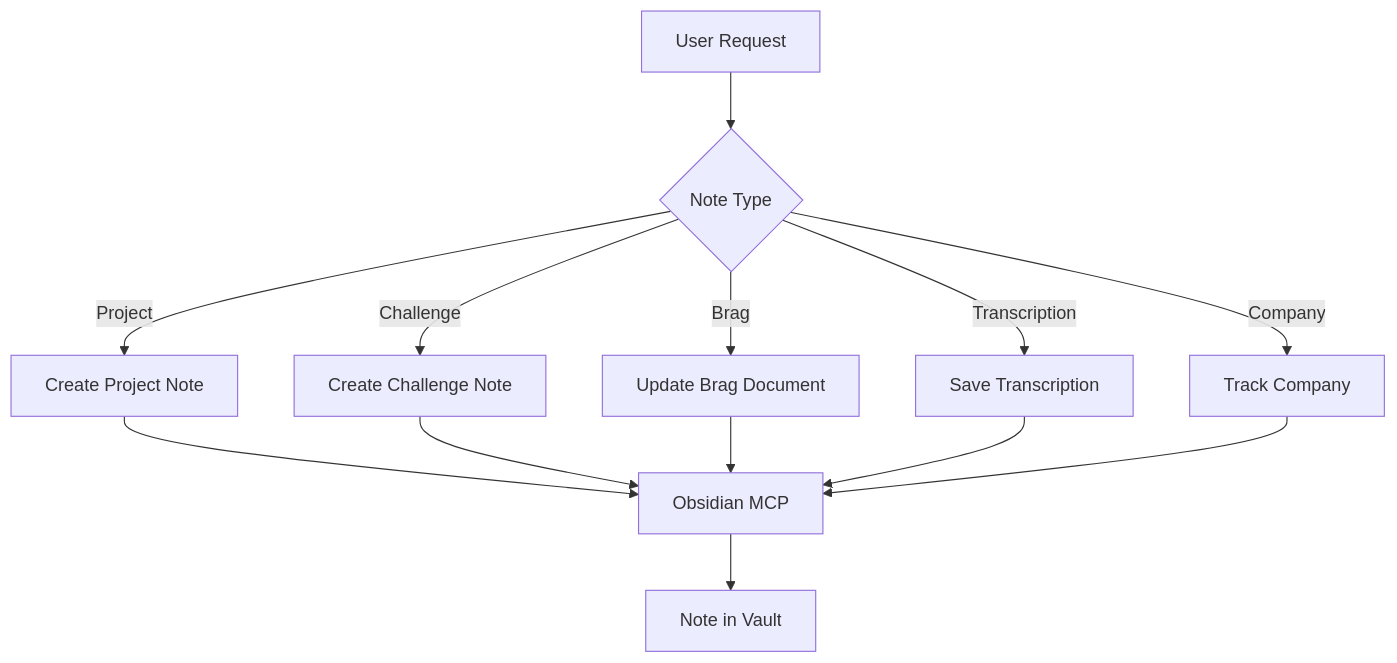
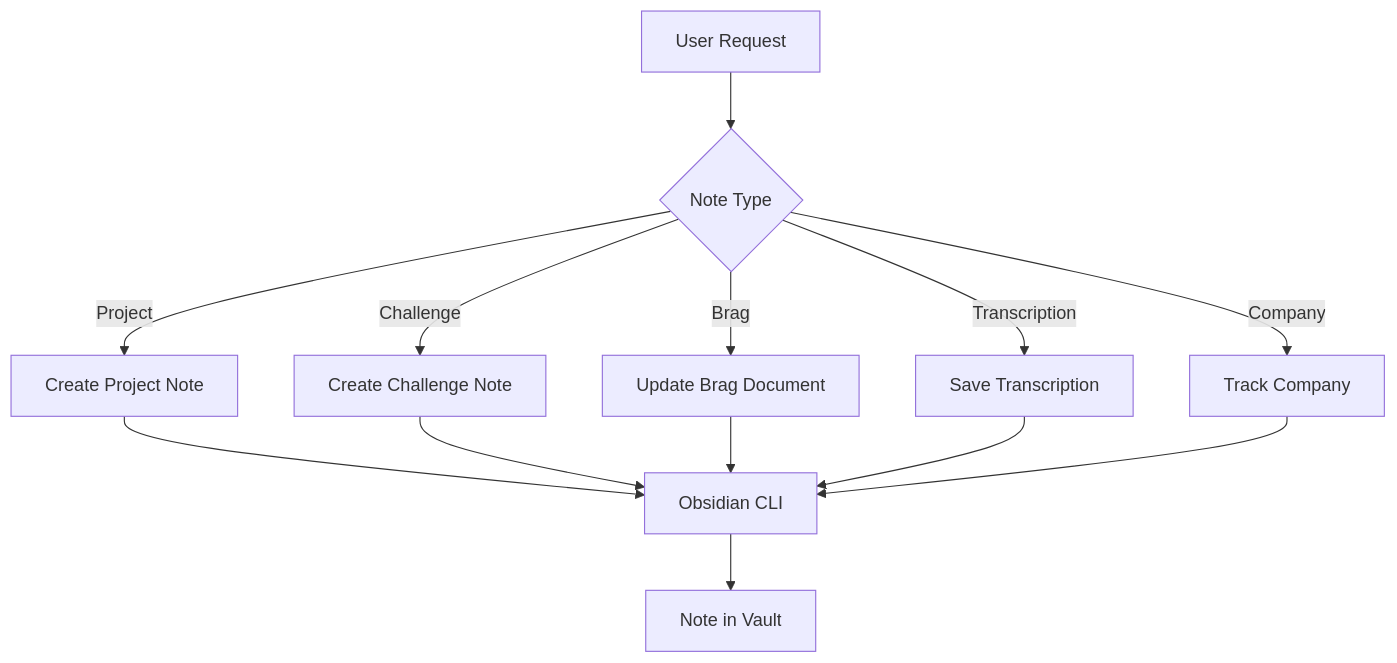
Before and after one commit to adeonir/agent-skills: the diagram in skills/productivity/notes/README.md, drawn with Mermaid. The commit also changed other lines of this file and 8 other files, not shown here.

Commit message:
feat(notes): write notes through the Obsidian CLI, falling back to MCP and plain files

````diff
--- a/skills/productivity/notes/README.md
+++ b/skills/productivity/notes/README.md
@@ -7,15 +7,15 @@
 ```mermaid
 flowchart TD
     T[User Request] --> D{Note Type}
     D -->|Project| P[Create Project Note]
     D -->|Challenge| H[Create Challenge Note]
     D -->|Brag| B[Update Brag Document]
     D -->|Transcription| TR[Save Transcription]
     D -->|Company| CO[Track Company]
-    P --> M[Obsidian MCP]
+    P --> M[Obsidian CLI]
     H --> M
     B --> M
     TR --> M
     CO --> M
     M --> N[Note in Vault]
 ```
````
